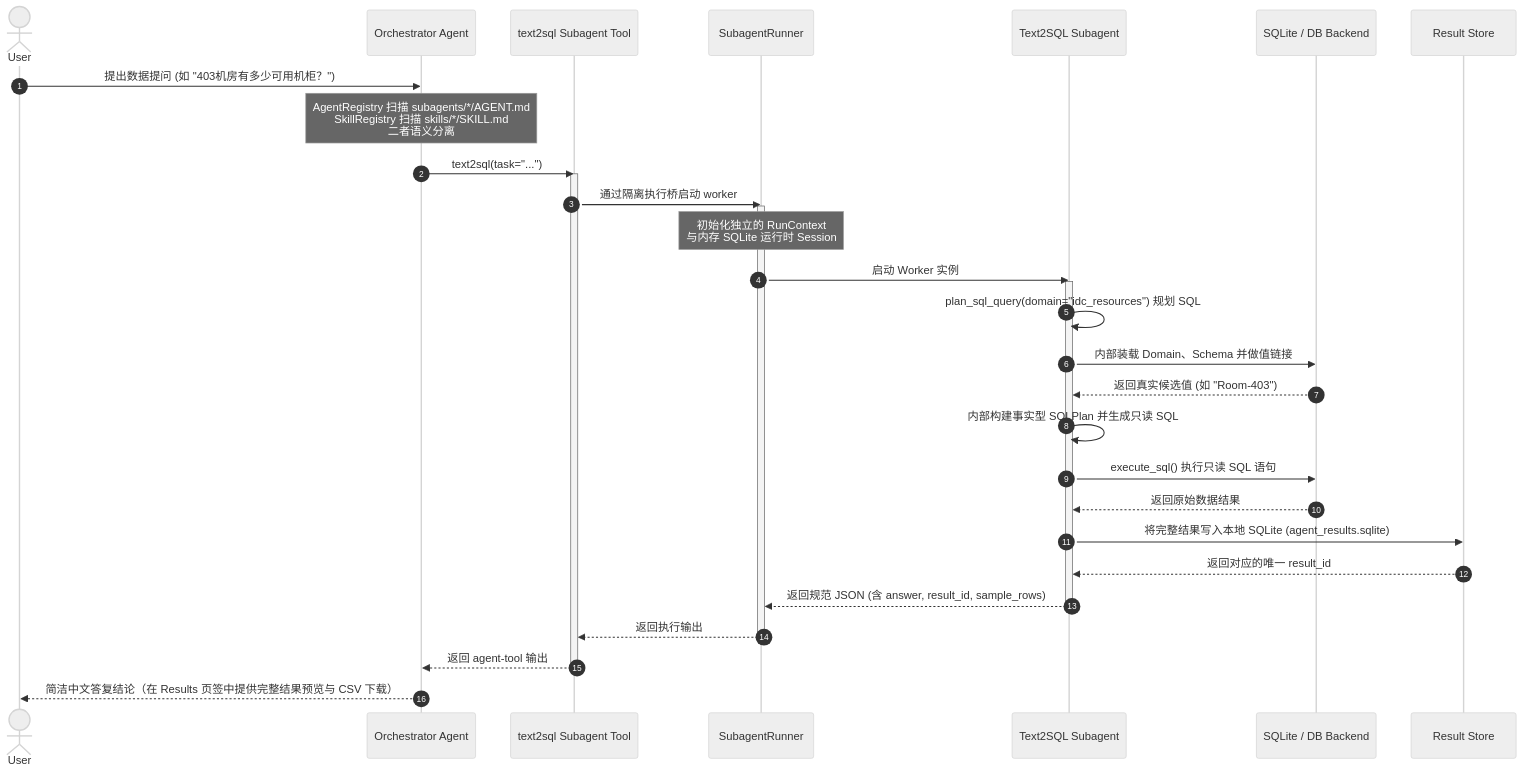
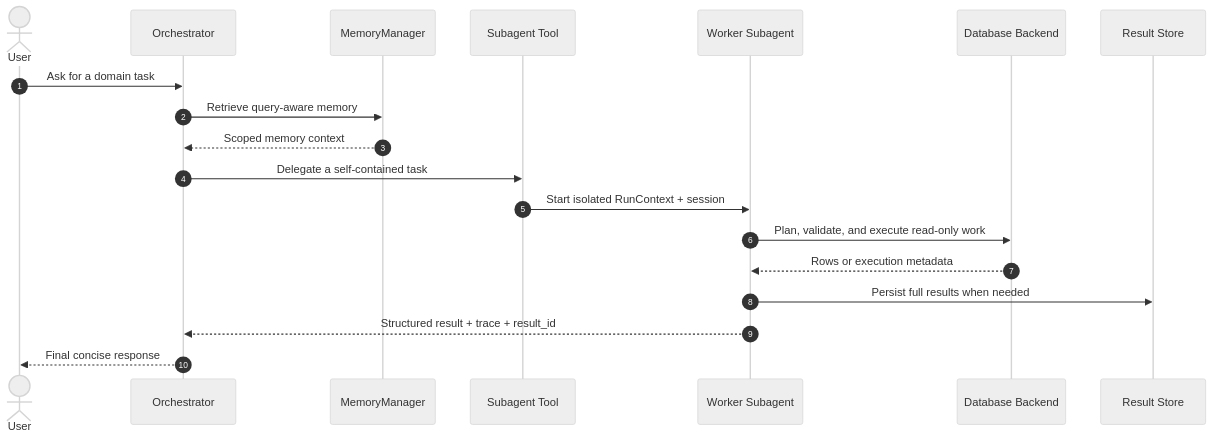
The diagram in README.md (chick26/agentweave), drawn with Mermaid (neutral theme) before and after one commit. The commit also changed other lines of this file and 11 other files, not shown here.

````diff
--- a/README.md
+++ b/README.md
@@ -9,37 +20,22 @@
 ```mermaid
 sequenceDiagram
     autonumber
     actor User
-    participant Orchestrator as Orchestrator Agent
-    participant AgentTool as text2sql Subagent Tool
-    participant Runner as SubagentRunner
-    participant Worker as Text2SQL Subagent
-    participant DB as SQLite / DB Backend
-    participant Store as Result Store
+    participant O as Orchestrator
+    participant M as MemoryManager
+    participant T as Subagent Tool
+    participant W as Worker Subagent
+    participant DB as Database Backend
+    participant RS as Result Store
 
-    User->>Orchestrator: 提出数据提问 (如 "403机房有多少可用机柜？")
-    Note over Orchestrator: AgentRegistry 扫描 subagents/*/AGENT.md<br/>SkillRegistry 扫描 skills/*/SKILL.md<br/>二者语义分离
-    Orchestrator->>AgentTool: text2sql(task="...")
-    activate AgentTool
-    AgentTool->>Runner: 通过隔离执行桥启动 worker
-    activate Runner
-    Note over Runner: 初始化独立的 RunContext<br/>与内存 SQLite 运行时 Session
-    Runner->>Worker: 启动 Worker 实例
-    activate Worker
-
-    Worker->>Worker: plan_sql_query(domain="idc_resources") 规划 SQL
-    Worker->>DB: 内部装载 Domain、Schema 并做值链接
-    DB-->>Worker: 返回真实候选值 (如 "Room-403")
-    Worker->>Worker: 内部构建事实型 SQLPlan 并生成只读 SQL
-    Worker->>DB: execute_sql() 执行只读 SQL 语句
-    DB-->>Worker: 返回原始数据结果
-    Worker->>Store: 将完整结果写入本地 SQLite (agent_results.sqlite)
-    Store-->>Worker: 返回对应的唯一 result_id
-    Worker-->>Runner: 返回规范 JSON (含 answer, result_id, sample_rows)
-    deactivate Worker
-    Runner-->>AgentTool: 返回执行输出
-    deactivate Runner
-    AgentTool-->>Orchestrator: 返回 agent-tool 输出
-    deactivate AgentTool
-    Orchestrator-->>User: 简洁中文答复结论（在 Results 页签中提供完整结果预览与 CSV 下载）
+    User->>O: Ask for a domain task
+    O->>M: Retrieve query-aware memory
+    M-->>O: Scoped memory context
+    O->>T: Delegate a self-contained task
+    T->>W: Start isolated RunContext + session
+    W->>DB: Plan, validate, and execute read-only work
+    DB-->>W: Rows or execution metadata
+    W->>RS: Persist full results when needed
+    W-->>O: Structured result + trace + result_id
+    O-->>User: Final concise response
 ```
````
